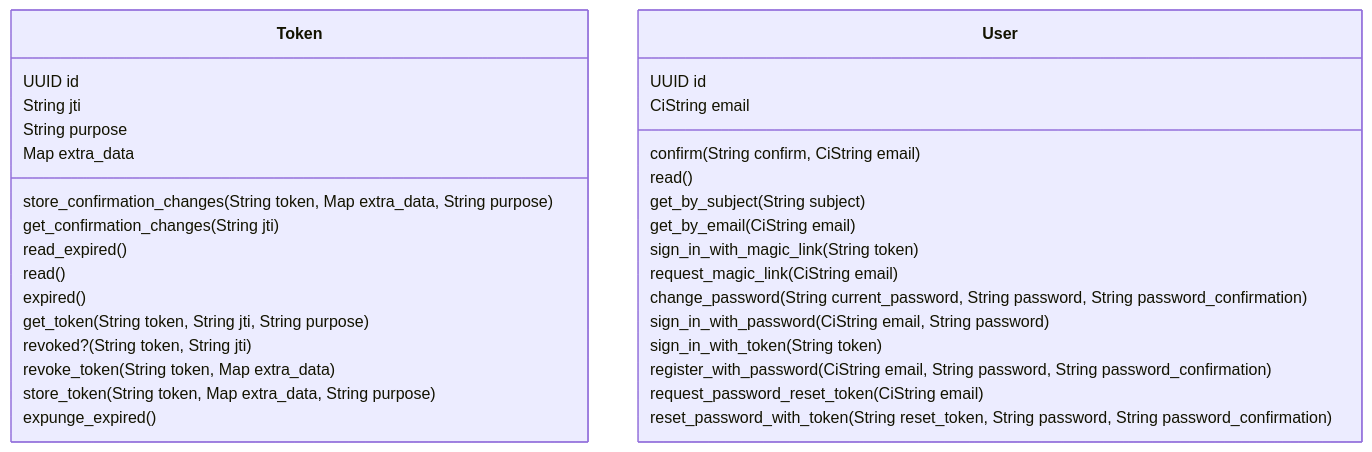
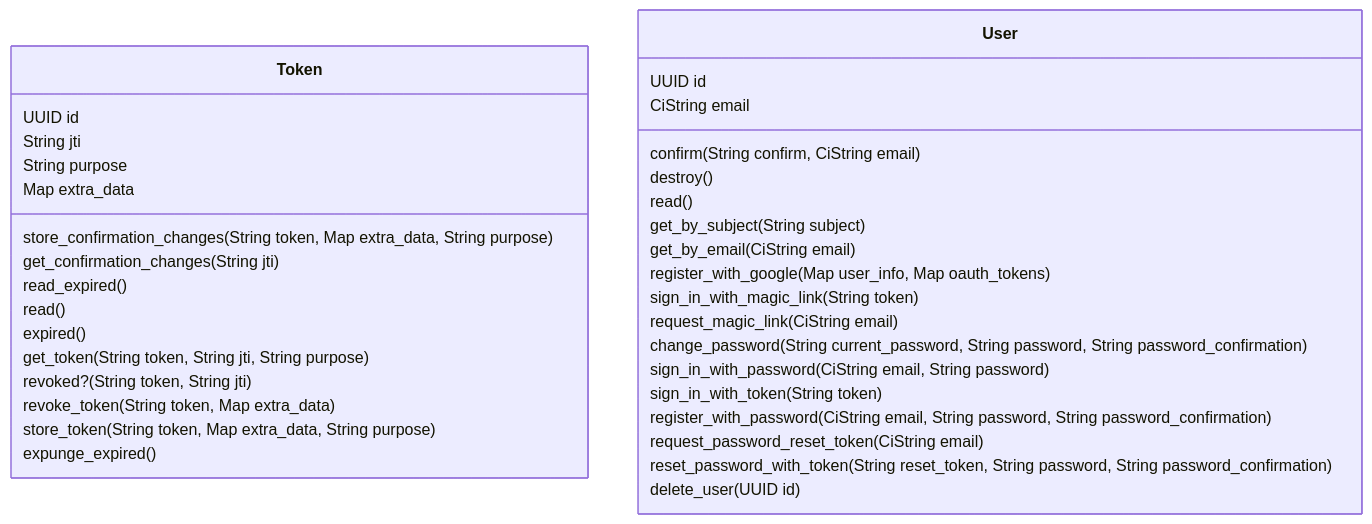
One commit to adiibanez/sensocto changed the diagram in lib/sensocto/accounts-mermaid-class-diagram.mmd. Above: the diagram before and after it, drawn with Mermaid. The commit also changed 61 other files, not shown here.

```diff
--- a/lib/sensocto/accounts-mermaid-class-diagram.mmd
+++ b/lib/sensocto/accounts-mermaid-class-diagram.mmd
@@ -1,33 +1,36 @@
 classDiagram
     class Token {
         UUID id
         String jti
         String purpose
         Map extra_data
         store_confirmation_changes(String token, Map extra_data, String purpose)
         get_confirmation_changes(String jti)
         read_expired()
         read()
         expired()
         get_token(String token, String jti, String purpose)
         revoked?(String token, String jti)
         revoke_token(String token, Map extra_data)
         store_token(String token, Map extra_data, String purpose)
         expunge_expired()
     }
     class User {
         UUID id
         CiString email
         confirm(String confirm, CiString email)
+        destroy()
         read()
         get_by_subject(String subject)
         get_by_email(CiString email)
+        register_with_google(Map user_info, Map oauth_tokens)
         sign_in_with_magic_link(String token)
         request_magic_link(CiString email)
         change_password(String current_password, String password, String password_confirmation)
         sign_in_with_password(CiString email, String password)
         sign_in_with_token(String token)
         register_with_password(CiString email, String password, String password_confirmation)
         request_password_reset_token(CiString email)
         reset_password_with_token(String reset_token, String password, String password_confirmation)
+        delete_user(UUID id)
     }
```
